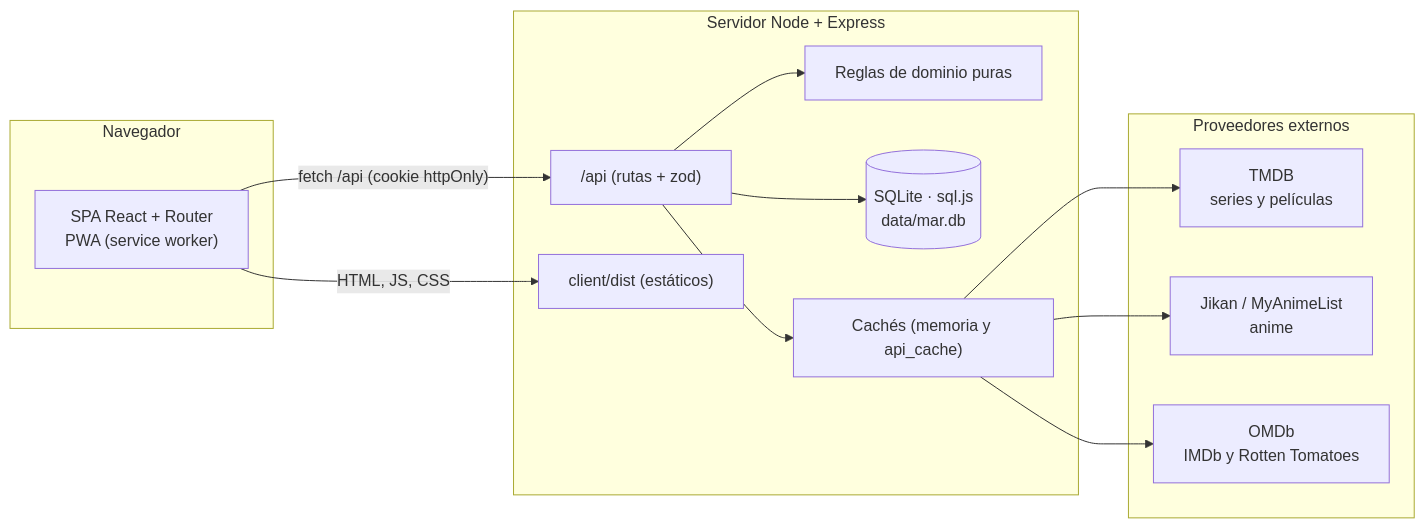
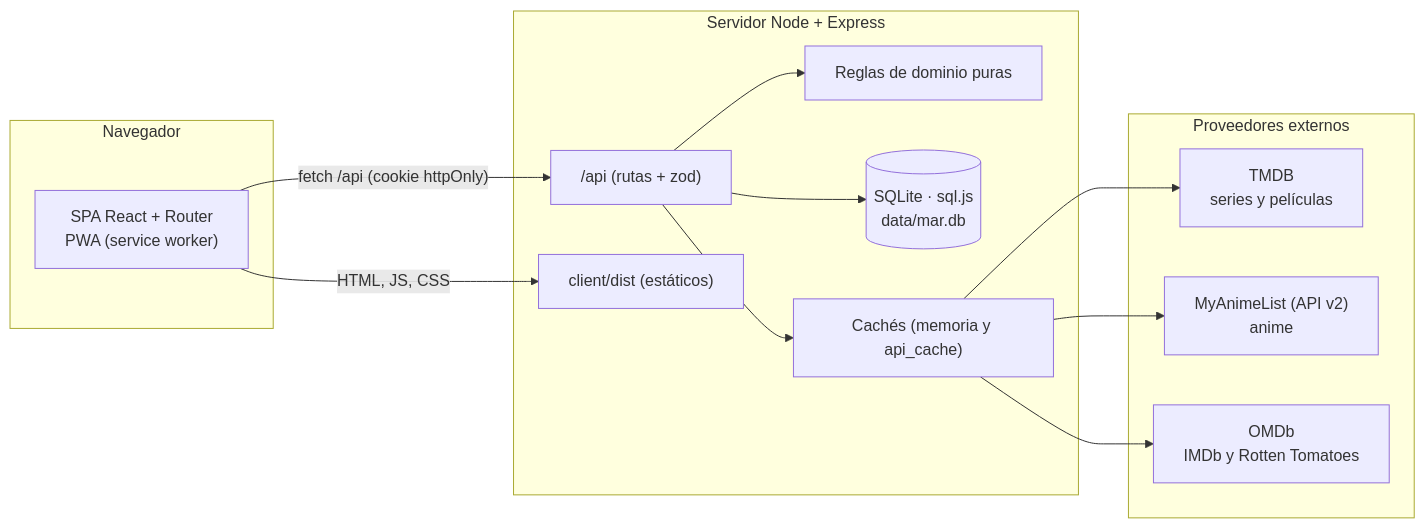
The first of 2 diagrams in docs/ARQUITECTURA.md (MiguelSanCar/MisAppsReview--MAR-), drawn with Mermaid before and after one commit. The commit also changed other lines of this file and 9 other files, not shown here.

Commit message:
docs: MyAnimeList sustituye a Jikan (variables, API, decisiones y changelog)

````diff
--- a/docs/ARQUITECTURA.md
+++ b/docs/ARQUITECTURA.md
@@ -9,23 +9,23 @@
 ```mermaid
 flowchart LR
     subgraph Navegador
         SPA["SPA React + Router<br/>PWA (service worker)"]
     end
     subgraph Servidor["Servidor Node + Express"]
         API["/api (rutas + zod)"]
         DOM["Reglas de dominio puras"]
         DB[("SQLite · sql.js<br/>data/mar.db")]
         CACHE["Cachés (memoria y api_cache)"]
         STATIC["client/dist (estáticos)"]
     end
     subgraph Externos["Proveedores externos"]
         TMDB["TMDB<br/>series y películas"]
-        JIKAN["Jikan / MyAnimeList<br/>anime"]
+        MAL["MyAnimeList (API v2)<br/>anime"]
         OMDB["OMDb<br/>IMDb y Rotten Tomatoes"]
     end
     SPA -- "fetch /api (cookie httpOnly)" --> API
     SPA -- "HTML, JS, CSS" --> STATIC
     API --> DOM
     API --> DB
-    API --> CACHE --> TMDB & JIKAN & OMDB
+    API --> CACHE --> TMDB & MAL & OMDB
 ```
````
